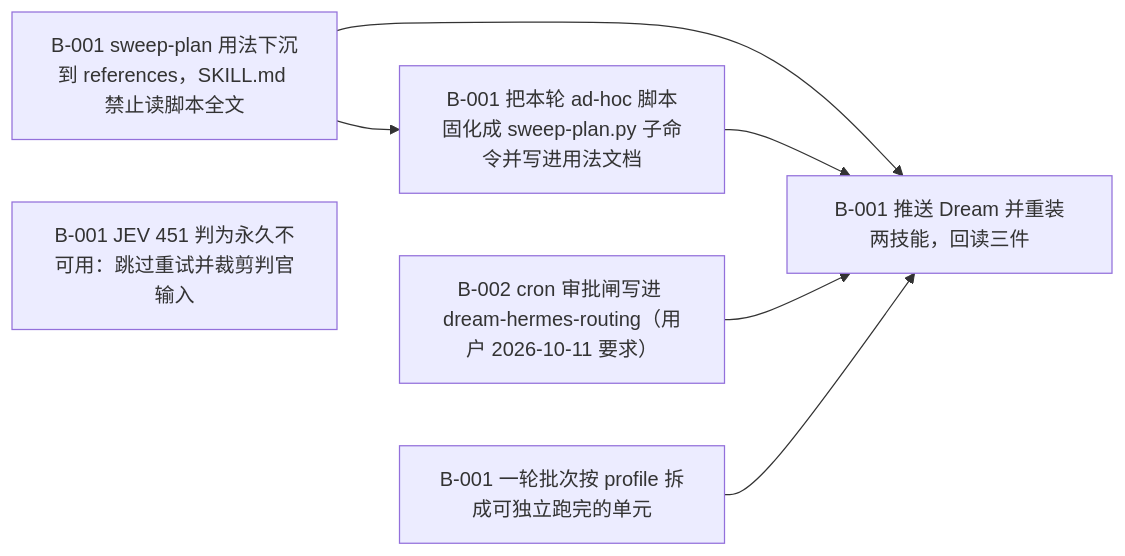
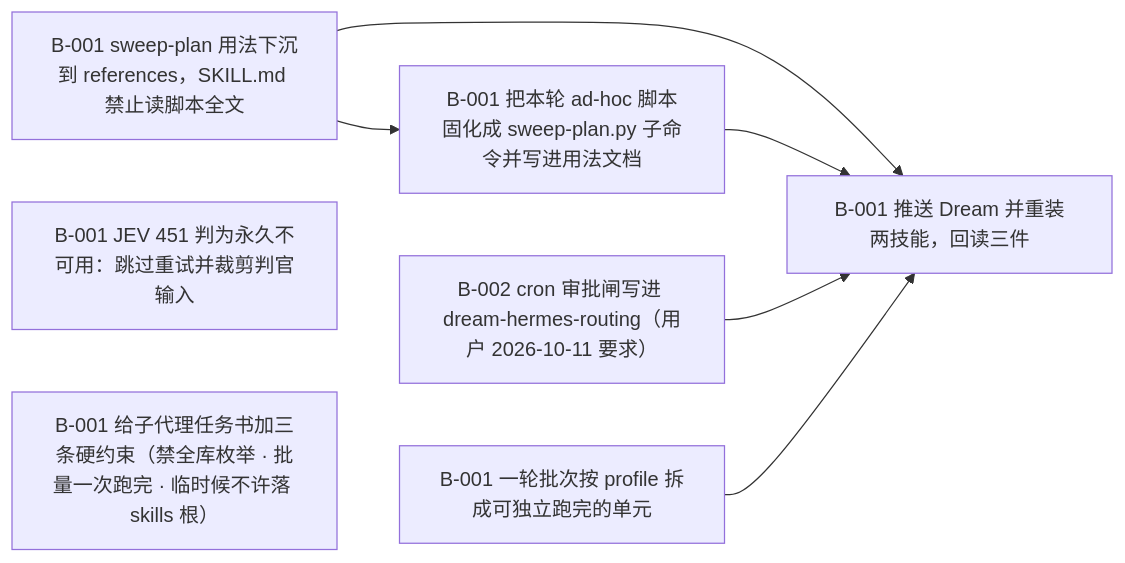
One commit to flmaximwang/Dream changed the diagram in plans/dream-perf/PLAN.md. Above: the diagram before and after it, drawn with Mermaid. The commit also changed other lines of this file and 3 other files, not shown here.

````diff
--- a/plans/dream-perf/PLAN.md
+++ b/plans/dream-perf/PLAN.md
@@ -18,18 +19,19 @@
 ```mermaid
 flowchart LR
   T-001_B-001["B-001 sweep-plan 用法下沉到 references，SKILL.md 禁止读脚本全文"]
   T-002_B-001["B-001 把本轮 ad-hoc 脚本固化成 sweep-plan.py 子命令并写进用法文档"]
   T-003_B-001["B-001 JEV 451 判为永久不可用：跳过重试并裁剪判官输入"]
   T-003_B-002["B-002 cron 审批闸写进 dream-hermes-routing（用户 2026-10-11 要求）"]
   T-004_B-001["B-001 一轮批次按 profile 拆成可独立跑完的单元"]
   T-005_B-001["B-001 推送 Dream 并重装两技能，回读三件"]
+  T-006_B-001["B-001 给子代理任务书加三条硬约束（禁全库枚举 · 批量一次跑完 · 临时候不许落 skills 根）"]
   T-001_B-001 --> T-002_B-001
   T-001_B-001 --> T-005_B-001
   T-002_B-001 --> T-005_B-001
   T-003_B-002 --> T-005_B-001
   T-004_B-001 --> T-005_B-001
   classDef ready stroke-width:1px;
-  class T-001_B-001,T-003_B-001,T-003_B-002,T-004_B-001 ready;
+  class T-001_B-001,T-003_B-001,T-003_B-002,T-004_B-001,T-006_B-001 ready;
   classDef waiting stroke-width:1px;
   class T-002_B-001,T-005_B-001 waiting;
 ```
````
